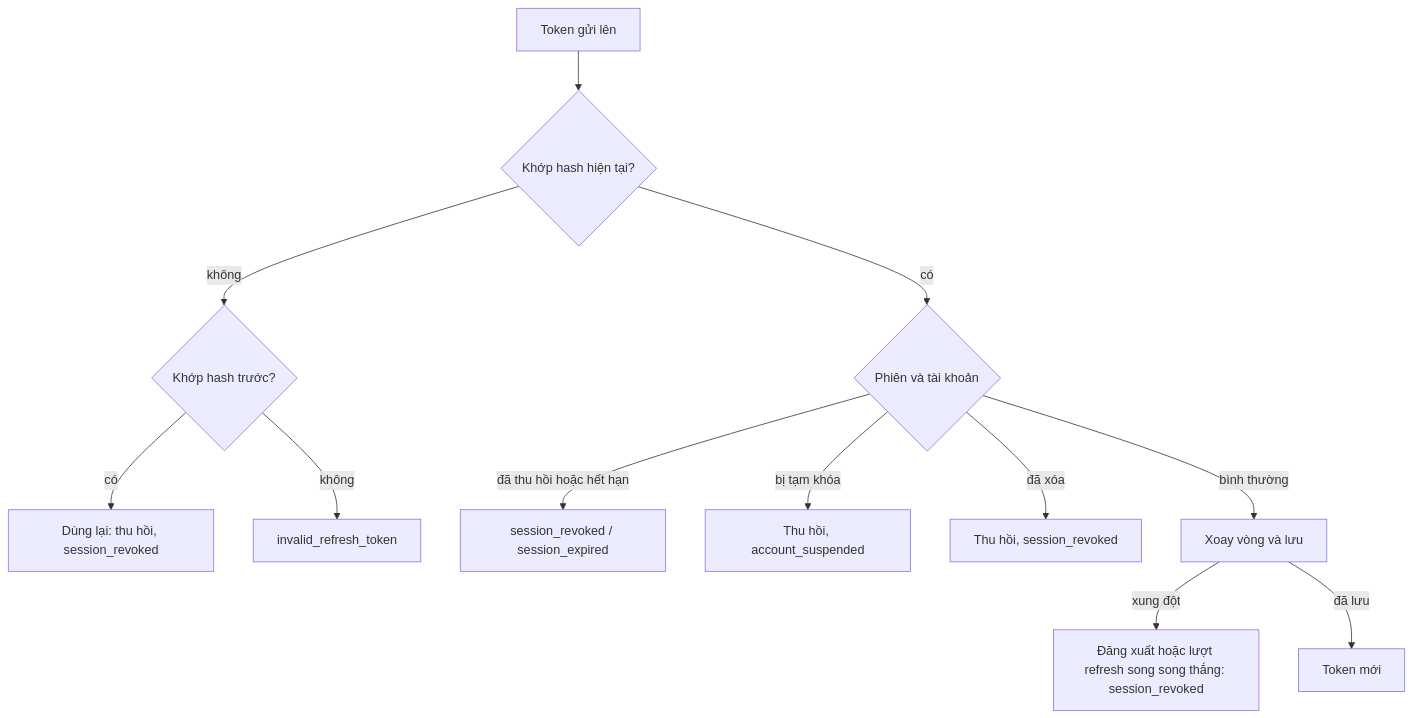
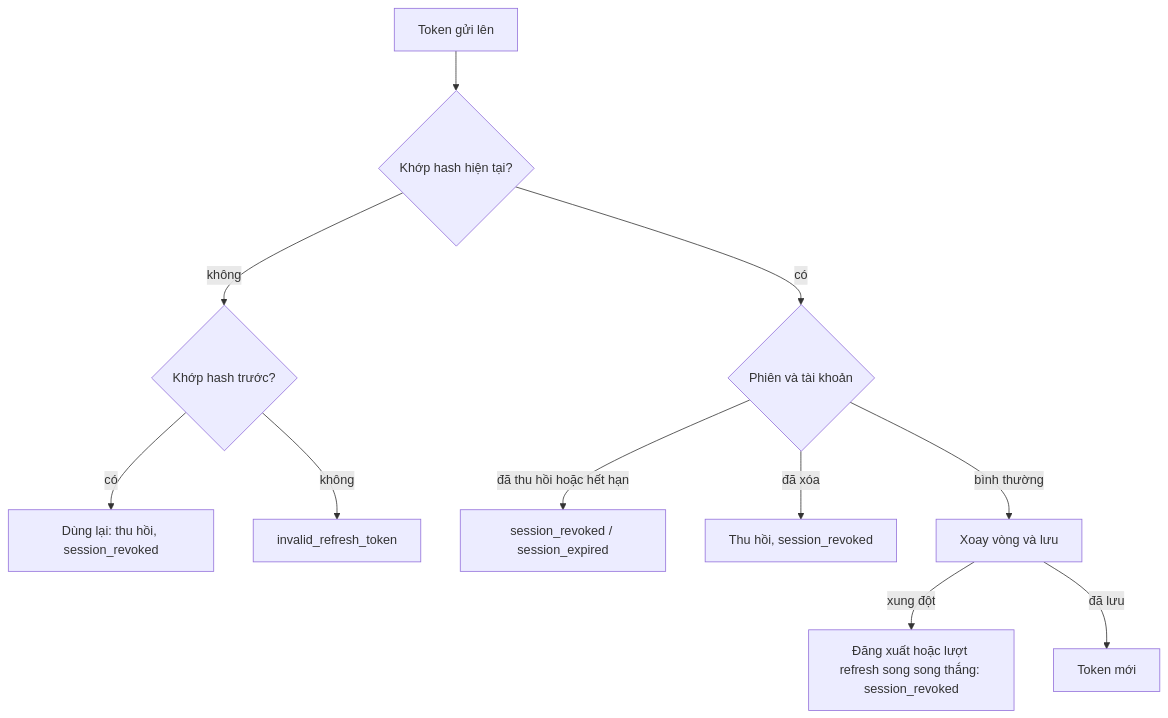
Before and after one commit to shopnexus/docs: the diagram in web/src/content/docs/vi/architecture/sessions.mdx, drawn with Mermaid. The commit also changed other lines of this file and 12 other files, not shown here.

````diff
--- a/web/src/content/docs/vi/architecture/sessions.mdx
+++ b/web/src/content/docs/vi/architecture/sessions.mdx
@@ -28,14 +28,13 @@
 ```mermaid title="Refresh"
 flowchart TD
   T[Token gửi lên] --> C{Khớp hash hiện tại?}
   C -- không --> P{Khớp hash trước?}
   P -- có --> X[Dùng lại: thu hồi, session_revoked]
   P -- không --> I[invalid_refresh_token]
   C -- có --> U{Phiên và tài khoản}
   U -- đã thu hồi hoặc hết hạn --> Q[session_revoked / session_expired]
-  U -- bị tạm khóa --> S[Thu hồi, account_suspended]
   U -- đã xóa --> D[Thu hồi, session_revoked]
   U -- bình thường --> R[Xoay vòng và lưu]
   R -- xung đột --> K[Đăng xuất hoặc lượt refresh song song thắng: session_revoked]
   R -- đã lưu --> A[Token mới]
 ```
````
